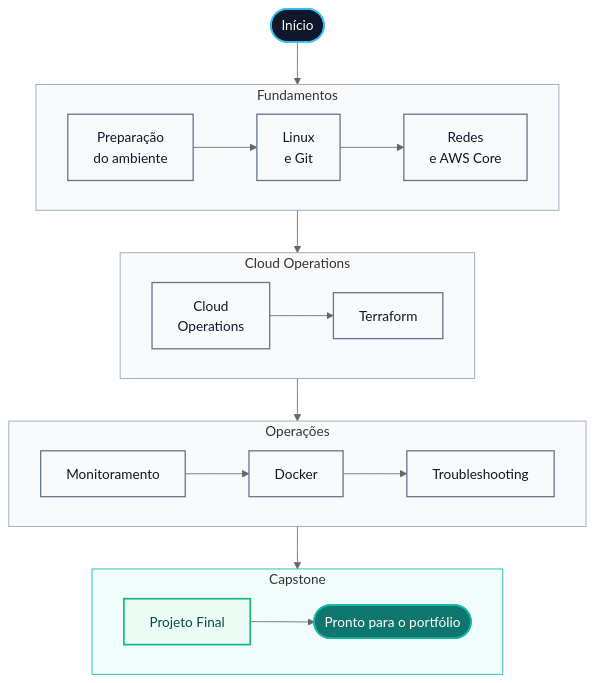
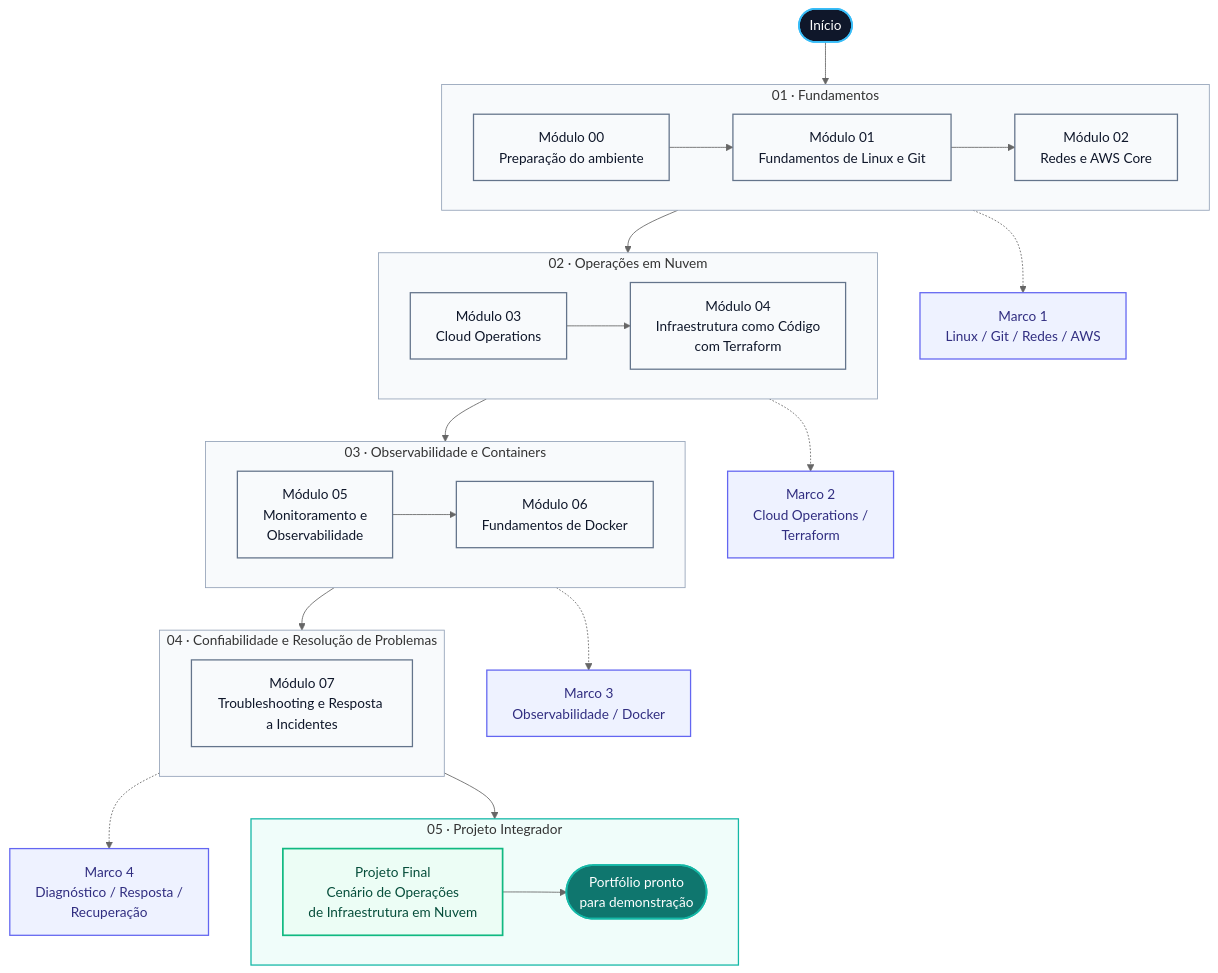
Before and after one commit to itamarsb/cloud-infrastructure-operations-lab: the diagram in README.md, drawn with Mermaid (neutral theme).

````diff
--- a/README.md
+++ b/README.md
@@ -53,59 +53,72 @@
 ```mermaid
 flowchart TB
-
     START([Início])
 
-    subgraph F1["Fundamentos"]
+    subgraph F1["01 · Fundamentos"]
         direction LR
-        M00["Preparação<br/>do ambiente"]
-        M01["Linux<br/>e Git"]
-        M02["Redes<br/>e AWS Core"]
-
+        M00["Módulo 00<br/>Preparação do ambiente"]
+        M01["Módulo 01<br/>Fundamentos de Linux e Git"]
+        M02["Módulo 02<br/>Redes e AWS Core"]
         M00 --> M01 --> M02
     end
 
-    subgraph F2["Cloud Operations"]
+    subgraph F2["02 · Operações em Nuvem"]
         direction LR
-        M03["Cloud<br/>Operations"]
-        M04["Terraform"]
-
+        M03["Módulo 03<br/>Cloud Operations"]
+        M04["Módulo 04<br/>Infraestrutura como Código<br/>com Terraform"]
         M03 --> M04
     end
 
-    subgraph F3["Operações"]
+    subgraph F3["03 · Observabilidade e Containers"]
         direction LR
-        M05["Monitoramento"]
-        M06["Docker"]
-        M07["Troubleshooting"]
-
-        M05 --> M06 --> M07
+        M05["Módulo 05<br/>Monitoramento e<br/>Observabilidade"]
+        M06["Módulo 06<br/>Fundamentos de Docker"]
+        M05 --> M06
     end
 
-    subgraph F4["Capstone"]
+    subgraph F4["04 · Confiabilidade e Resolução de Problemas"]
         direction LR
-        M08["Projeto Final"]
-        DONE([Pronto para o portfólio])
+        M07["Módulo 07<br/>Troubleshooting e Resposta a Incidentes"]
+    end
 
+    subgraph F5["05 · Projeto Integrador"]
+        direction LR
+        M08["Projeto Final<br/>Cenário de Operações<br/>de Infraestrutura em Nuvem"]
+        DONE([Portfólio pronto<br/>para demonstração])
         M08 --> DONE
     end
 
     START --> M00
     M02 --> M03
     M04 --> M05
+    M06 --> M07
     M07 --> M08
 
-    classDef start fill:#0f172a,stroke:#38bdf8,color:#fff,stroke-width:2px;
+    C1["Marco 1<br/>Linux / Git / Redes / AWS"]
+    C2["Marco 2<br/>Cloud Operations /<br/>Terraform"]
+    C3["Marco 3<br/>Observabilidade / Docker"]
+    C4["Marco 4<br/>Diagnóstico / Resposta /<br/>Recuperação"]
+
+    M02 -.-> C1
+    M04 -.-> C2
+    M06 -.-> C3
+    M07 -.-> C4
+
+    classDef start fill:#0f172a,stroke:#38bdf8,color:#ffffff,stroke-width:2px;
     classDef module fill:#f8fafc,stroke:#64748b,color:#0f172a,stroke-width:1.5px;
+    classDef milestone fill:#eef2ff,stroke:#6366f1,color:#312e81,stroke-width:1.5px;
     classDef final fill:#ecfdf5,stroke:#10b981,color:#064e3b,stroke-width:2px;
-    classDef finish fill:#0f766e,stroke:#14b8a6,color:#fff,stroke-width:2px;
+    classDef finish fill:#0f766e,stroke:#14b8a6,color:#ffffff,stroke-width:2px;
 
     class START start;
     class M00,M01,M02,M03,M04,M05,M06,M07 module;
+    class C1,C2,C3,C4 milestone;
     class M08 final;
     class DONE finish;
 
-    style F1 fill:#f8fafc,stroke:#94a3b8
-    style F2 fill:#f8fafc,stroke:#94a3b8
-    style F3 fill:#f8fafc,stroke:#94a3b8
-    style F4 fill:#f0fdfa,stroke:#14b8a6
+    style F1 fill:#f8fafc,stroke:#94a3b8,stroke-width:1px
+    style F2 fill:#f8fafc,stroke:#94a3b8,stroke-width:1px
+    style F3 fill:#f8fafc,stroke:#94a3b8,stroke-width:1px
+    style F4 fill:#f8fafc,stroke:#94a3b8,stroke-width:1px
+    style F5 fill:#f0fdfa,stroke:#14b8a6,stroke-width:1.5px
 ```
````
